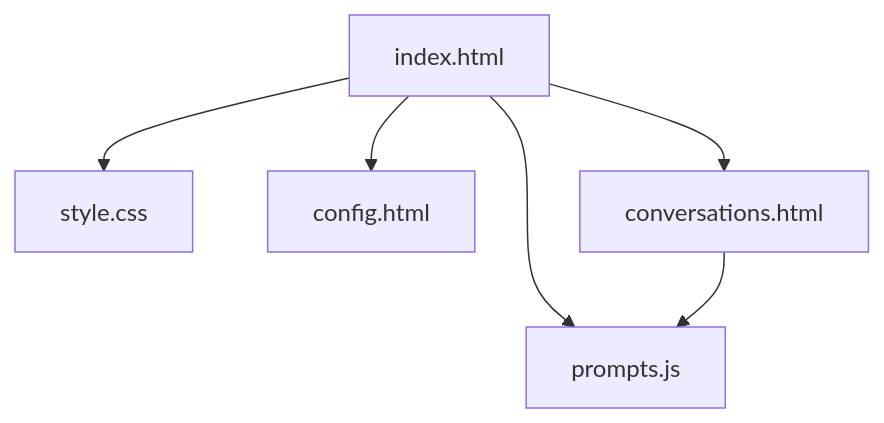
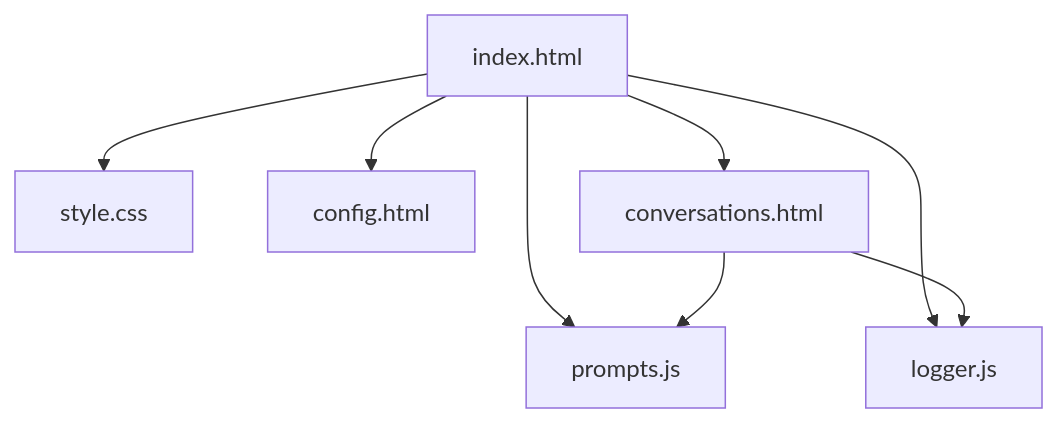
Before and after one commit to Gyrych/PhoneChat: the diagram in README.md, drawn with Mermaid. The commit also changed other lines of this file and 6 other files, not shown here.

````diff
--- a/README.md
+++ b/README.md
@@ -78,8 +80,10 @@
 ```mermaid
 flowchart TB
   A[index.html] --> C[style.css]
   A --> D[config.html]
   A --> E[conversations.html]
   A --> F[prompts.js]
+  A --> G[logger.js]
   E --> F
+  E --> G
 ```
````
